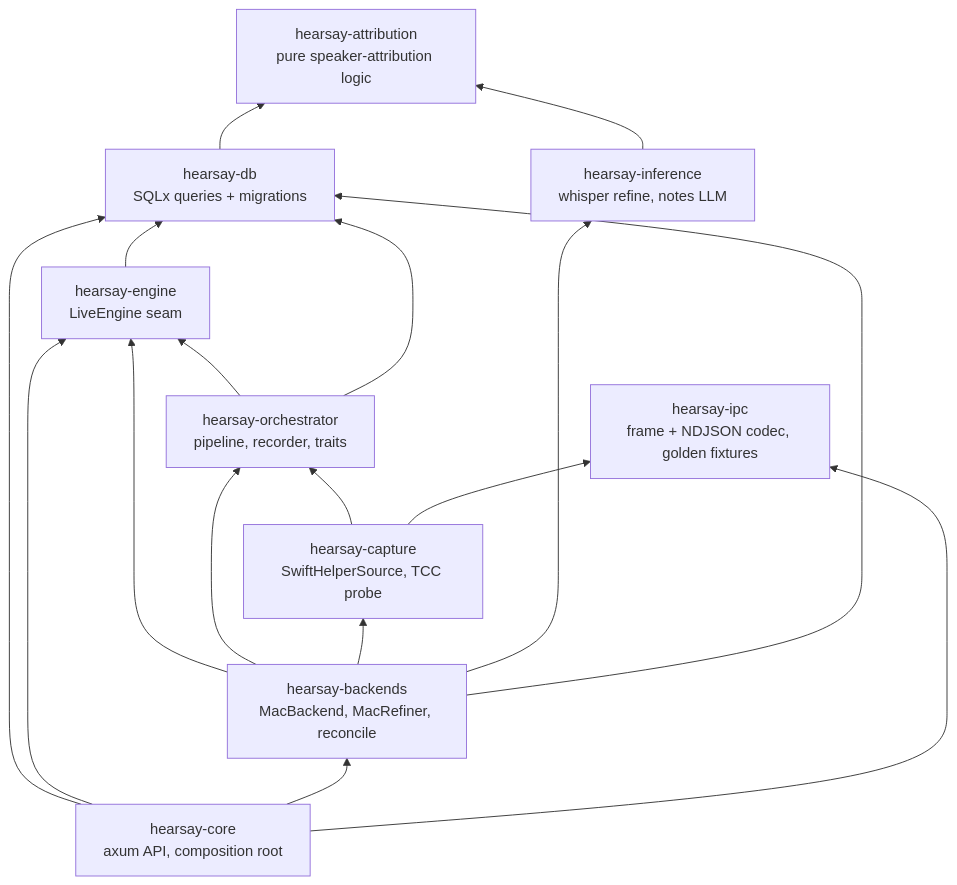
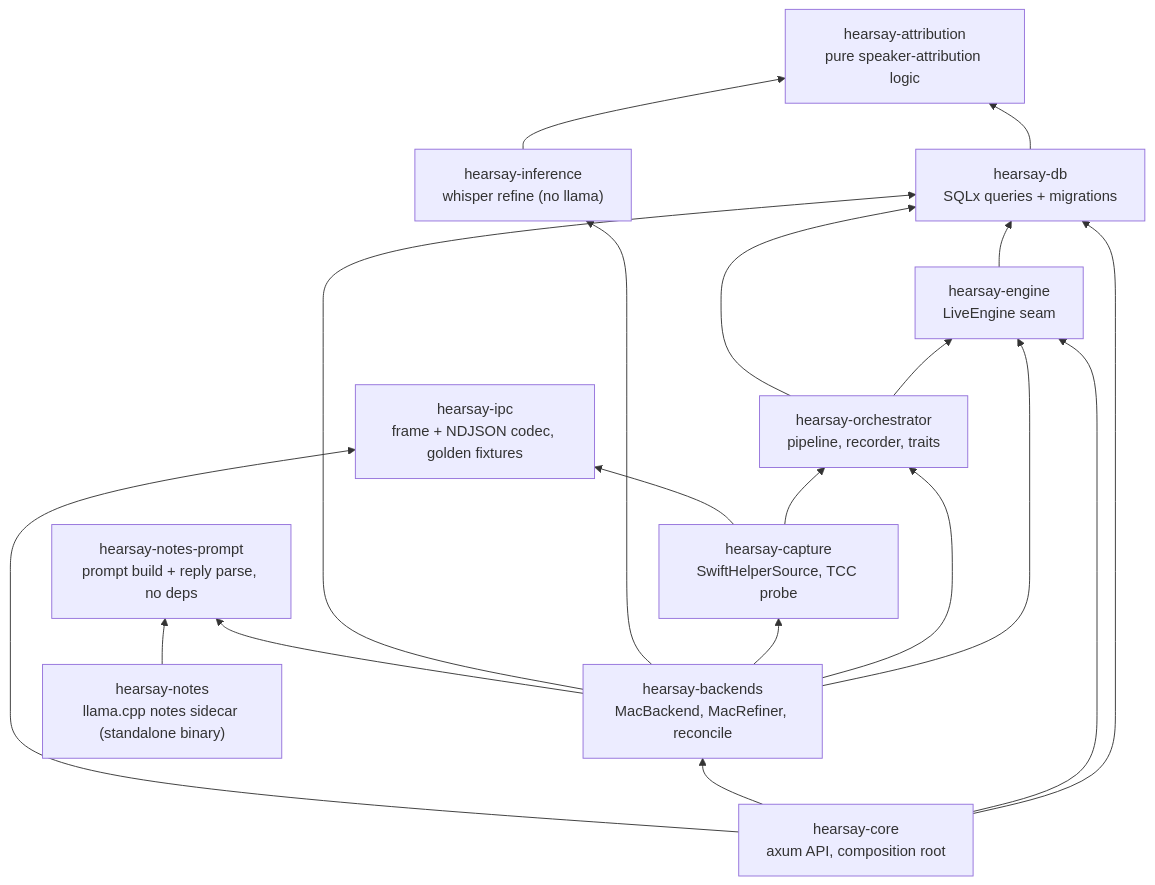
Before and after one commit to rwiseman87/hearsay: the second of 7 diagrams in docs/architecture.md, drawn with Mermaid. The commit also changed other lines of this file and 17 other files, not shown here.

````diff
--- a/docs/architecture.md
+++ b/docs/architecture.md
@@ -83,29 +88,33 @@
 ```mermaid
 flowchart BT
     ipc["hearsay-ipc<br/>frame + NDJSON codec, golden fixtures"]
     attr["hearsay-attribution<br/>pure speaker-attribution logic"]
     db["hearsay-db<br/>SQLx queries + migrations"]
     engine["hearsay-engine<br/>LiveEngine seam"]
     orch["hearsay-orchestrator<br/>pipeline, recorder, traits"]
     cap["hearsay-capture<br/>SwiftHelperSource, TCC probe"]
-    inf["hearsay-inference<br/>whisper refine, notes LLM"]
+    inf["hearsay-inference<br/>whisper refine (no llama)"]
+    notesprompt["hearsay-notes-prompt<br/>prompt build + reply parse, no deps"]
     back["hearsay-backends<br/>MacBackend, MacRefiner, reconcile"]
     core["hearsay-core<br/>axum API, composition root"]
+    notes["hearsay-notes<br/>llama.cpp notes sidecar (standalone binary)"]
 
     db --> attr
     engine --> db
     orch --> engine
     orch --> db
     cap --> orch
     cap --> ipc
     inf --> attr
     back --> engine
     back --> orch
     back --> cap
     back --> inf
     back --> db
+    back --> notesprompt
     core --> db
     core --> engine
     core --> back
     core --> ipc
+    notes --> notesprompt
 ```
````
